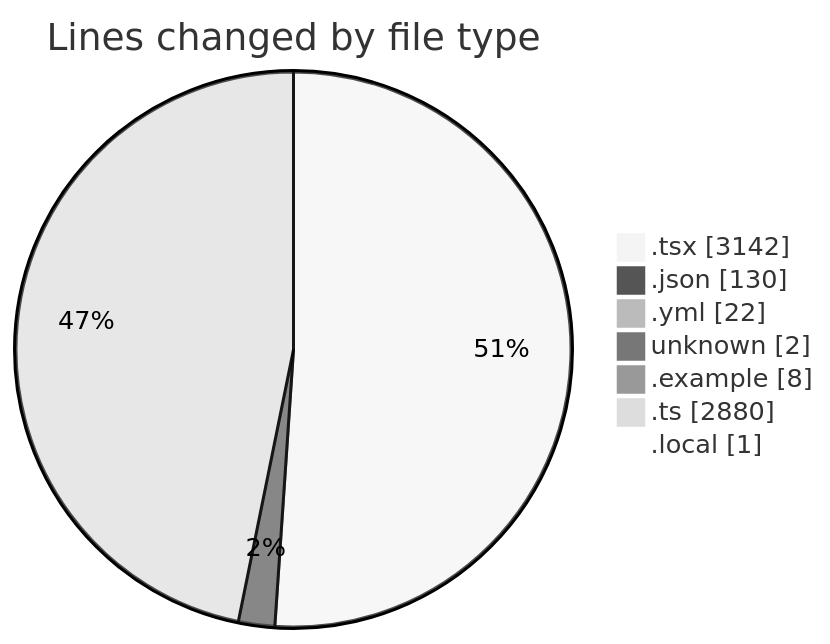
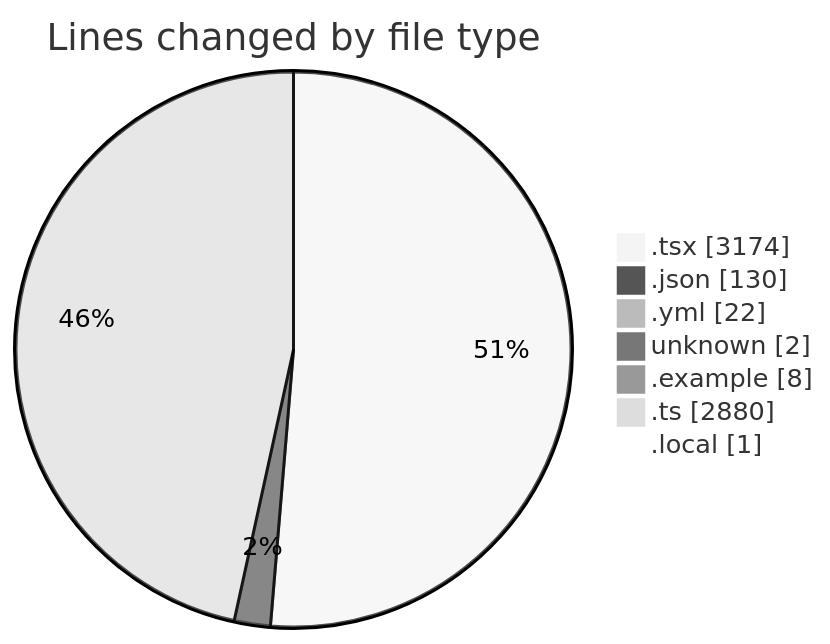
One commit to julien-gomy/code-tracking changed the first of 2 diagrams in 2025-11-21/eventscop-frontend-guide__workspace_/README.md. Above: the diagram before and after it, drawn with Mermaid (neutral theme). The commit also changed other lines of this file and 1 other file, not shown here.

````diff
--- a/2025-11-21/eventscop-frontend-guide__workspace_/README.md
+++ b/2025-11-21/eventscop-frontend-guide__workspace_/README.md
@@ -61,11 +61,11 @@
 ```mermaid
 pie showData
 title Lines changed by file type
-".tsx" : 3142
+".tsx" : 3174
 ".json" : 130
 ".yml" : 22
 "unknown" : 2
 ".example" : 8
 ".ts" : 2880
 ".local" : 1
 ```
````
